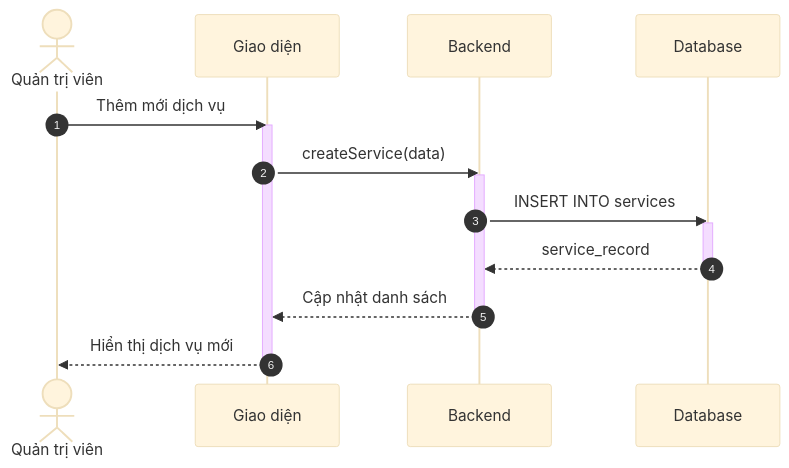
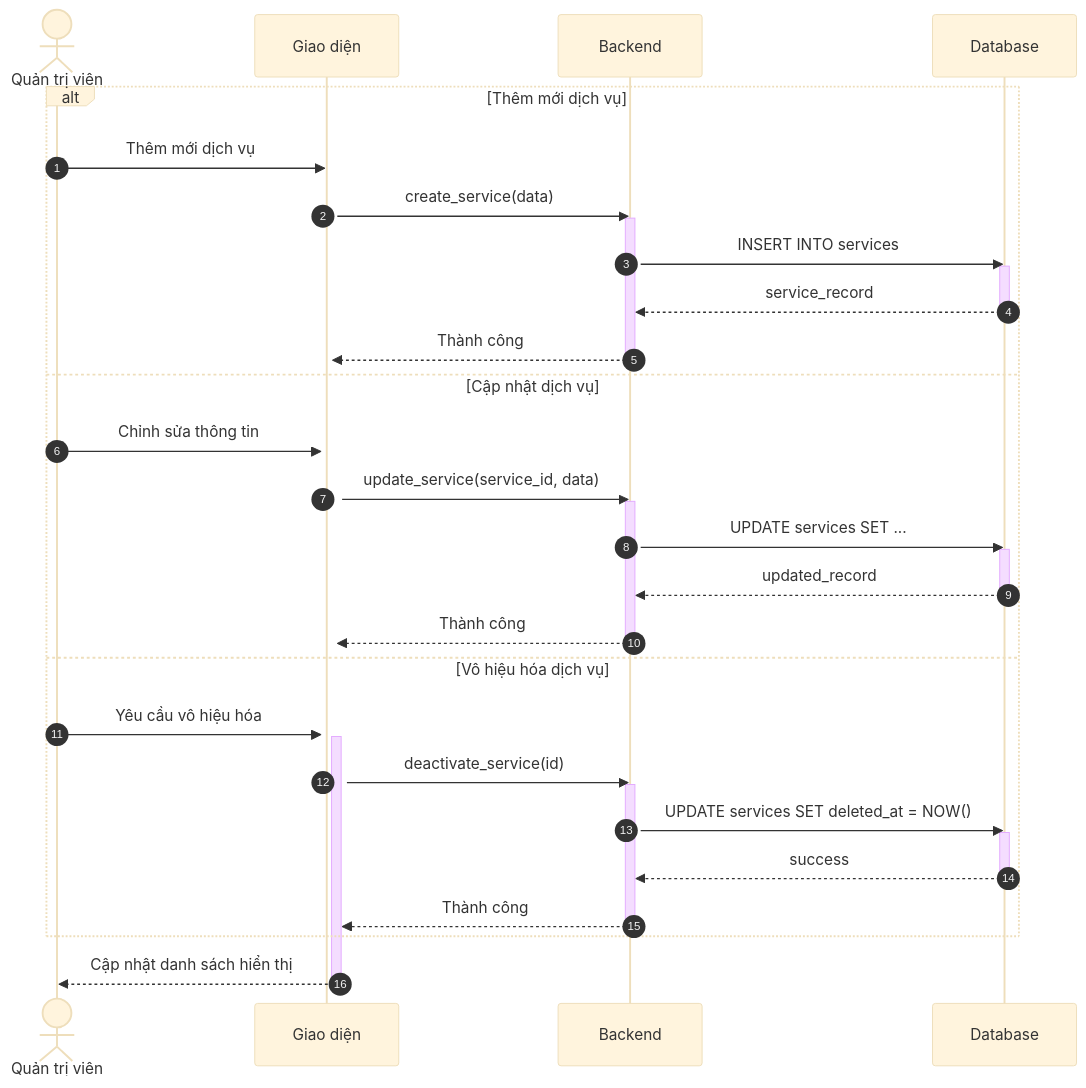
One commit to ngoctinn/Synapse changed the first of 11 diagrams in docs/design/sequences/admin_flows.md. Above: the diagram before and after it, drawn with Mermaid (base theme). The commit also changed other lines of this file and 7 other files, not shown here.

Commit message:
docs: Add initial design documentation for system flows, use cases, and data specification.

````diff
--- a/docs/design/sequences/admin_flows.md
+++ b/docs/design/sequences/admin_flows.md
@@ -28,24 +28,45 @@
 ```mermaid
 sequenceDiagram
     autonumber
     actor QTV as Quản trị viên
     participant UI as Giao diện
     participant BE as Backend
     participant DB as Database
 
-    QTV->>UI: Thêm mới dịch vụ
-    activate UI
-    UI->>BE: createService(data)
-    activate BE
-
-    BE->>DB: INSERT INTO services
-    activate DB
-    DB-->>BE: service_record
-    deactivate DB
-
-    BE-->>UI: Cập nhật danh sách
-    deactivate BE
-
-    UI-->>QTV: Hiển thị dịch vụ mới
+    alt Thêm mới dịch vụ
+        QTV->>UI: Thêm mới dịch vụ
+        activate UI
+        UI->>BE: create_service(data)
+        activate BE
+        BE->>DB: INSERT INTO services
+        activate DB
+        DB-->>BE: service_record
+        deactivate DB
+        BE-->>UI: Thành công
+        deactivate BE
+    else Cập nhật dịch vụ
+        QTV->>UI: Chỉnh sửa thông tin
+        activate UI
+        UI->>BE: update_service(service_id, data)
+        activate BE
+        BE->>DB: UPDATE services SET ...
+        activate DB
+        DB-->>BE: updated_record
+        deactivate DB
+        BE-->>UI: Thành công
+        deactivate BE
+    else Vô hiệu hóa dịch vụ
+        QTV->>UI: Yêu cầu vô hiệu hóa
+        activate UI
+        UI->>BE: deactivate_service(id)
+        activate BE
+        BE->>DB: UPDATE services SET deleted_at = NOW()
+        activate DB
+        DB-->>BE: success
+        deactivate DB
+        BE-->>UI: Thành công
+        deactivate BE
+    end
+    UI-->>QTV: Cập nhật danh sách hiển thị
     deactivate UI
 ```
````
